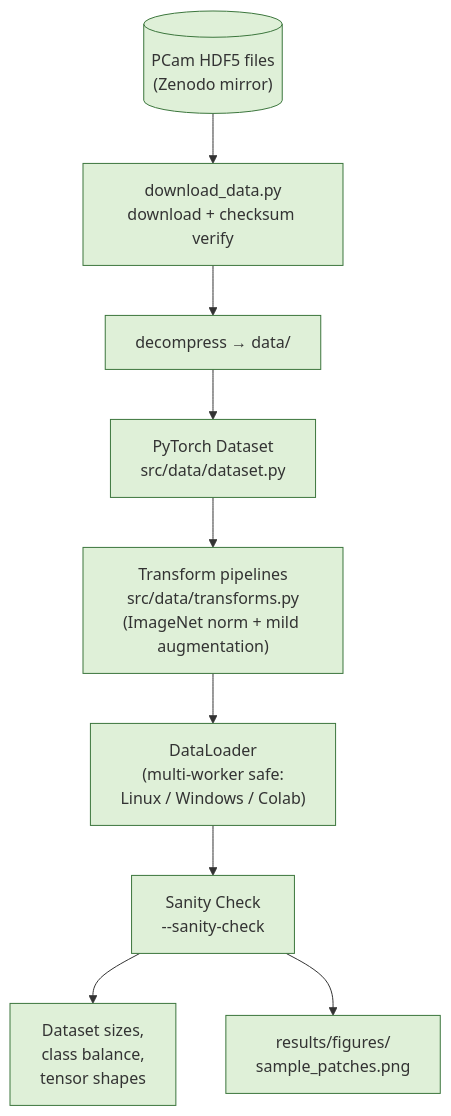
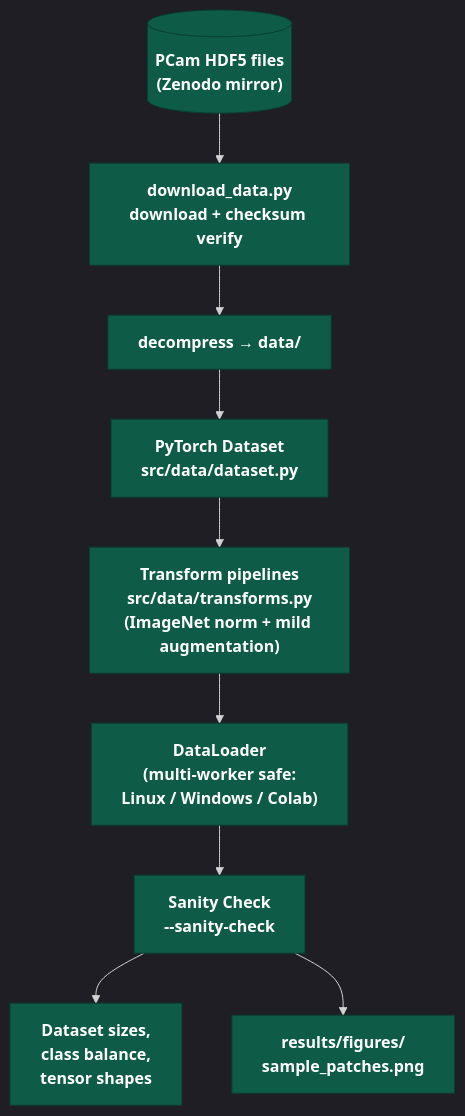
Before and after one commit to iqrasafdarr/PathologyAI-Explorer: the third of 5 diagrams in README.md, drawn with Mermaid. The commit also changed other lines of this file, not shown here.

````diff
--- a/README.md
+++ b/README.md
@@ -57,14 +78,14 @@
 ```mermaid
+%%{init: {'theme':'dark', 'themeVariables': {'background':'#1a1a1a', 'primaryColor':'#0e7c86'}}}%%
 flowchart TD
-    A[("PCam HDF5 files<br/>(Zenodo mirror)")] --> B["download_data.py<br/>download + checksum verify"]
-    B --> C["decompress → data/"]
-    C --> D["PyTorch Dataset<br/>src/data/dataset.py"]
-    D --> E["Transform pipelines<br/>src/data/transforms.py<br/>(ImageNet norm + mild augmentation)"]
-    E --> F["DataLoader<br/>(multi-worker safe:<br/>Linux / Windows / Colab)"]
-    F --> G["Sanity Check<br/>--sanity-check"]
-    G --> H["Dataset sizes,<br/>class balance,<br/>tensor shapes"]
-    G --> I["results/figures/<br/>sample_patches.png"]
+    A[("PCam HDF5 files<br/>(Zenodo mirror)")]:::done --> B["download_data.py<br/>download + checksum verify"]:::done
+    B --> C["decompress → data/"]:::done
+    C --> D["PyTorch Dataset<br/>src/data/dataset.py"]:::done
+    D --> E["Transform pipelines<br/>src/data/transforms.py<br/>(ImageNet norm + mild augmentation)"]:::done
+    E --> F["DataLoader<br/>(multi-worker safe:<br/>Linux / Windows / Colab)"]:::done
+    F --> G["Sanity Check<br/>--sanity-check"]:::done
+    G --> H["Dataset sizes,<br/>class balance,<br/>tensor shapes"]:::done
+    G --> I["results/figures/<br/>sample_patches.png"]:::done
 
-    classDef done fill:#dff0d8,stroke:#3c763d;
-    class A,B,C,D,E,F,G,H,I done;
+    classDef done fill:#0e5c47,stroke:#0a3f30,color:#ffffff,font-weight:bold;
 ```
````
